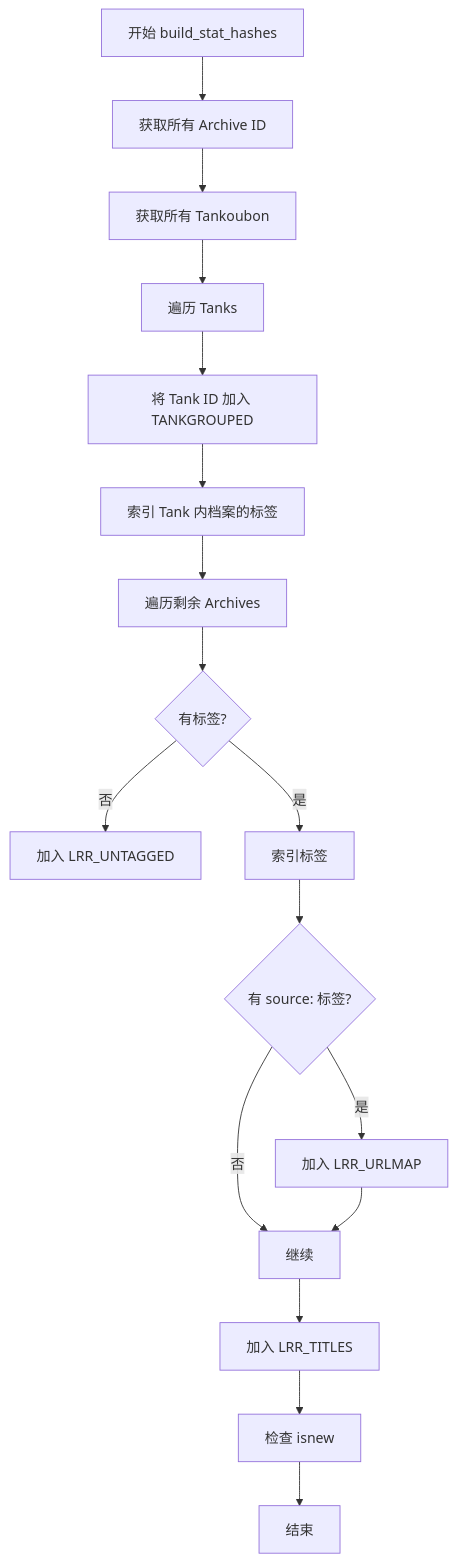
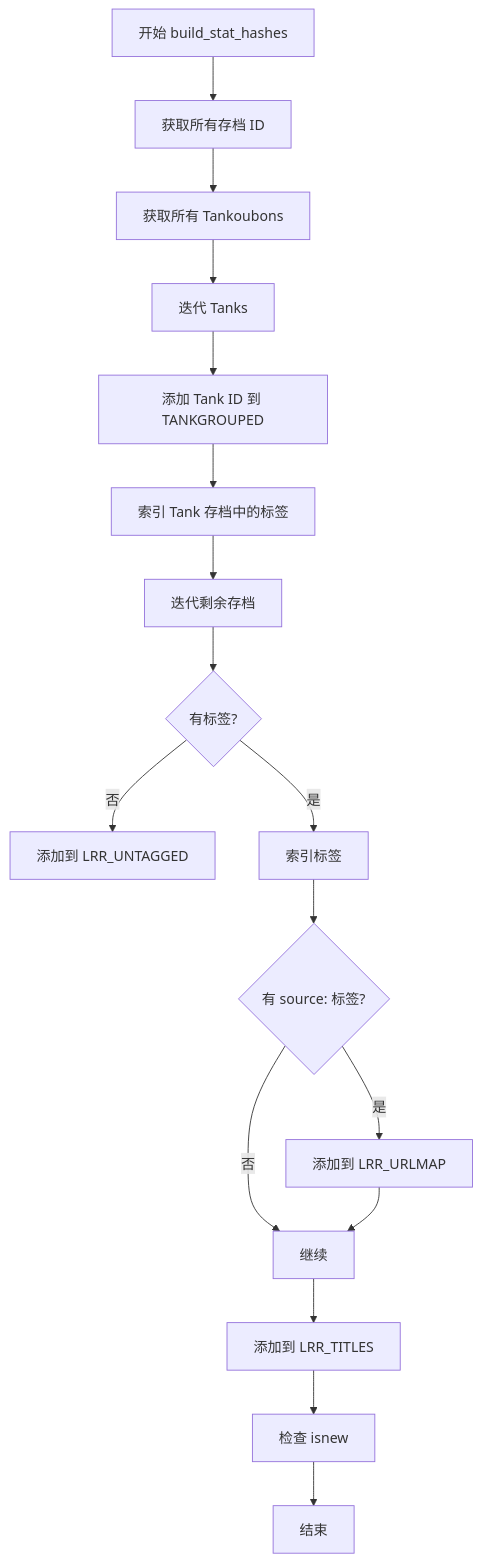
Before and after one commit to OborozukiNoYume/LANraragi: the third of 3 diagrams in docs/zh-CN/06_models.md, drawn with Mermaid. The commit also changed other lines of this file and 17 other files, not shown here.

````diff
--- a/docs/zh-CN/06_models.md
+++ b/docs/zh-CN/06_models.md
@@ -481,19 +481,19 @@
 ```mermaid
 flowchart TD
-    A[开始 build_stat_hashes] --> B[获取所有 Archive ID]
-    B --> C[获取所有 Tankoubon]
-    C --> D[遍历 Tanks]
-    D --> E[将 Tank ID 加入 TANKGROUPED]
-    E --> F[索引 Tank 内档案的标签]
-    F --> G[遍历剩余 Archives]
+    A[开始 build_stat_hashes] --> B[获取所有存档 ID]
+    B --> C[获取所有 Tankoubons]
+    C --> D[迭代 Tanks]
+    D --> E[添加 Tank ID 到 TANKGROUPED]
+    E --> F[索引 Tank 存档中的标签]
+    F --> G[迭代剩余存档]
     G --> H{有标签?}
-    H -->|否| I[加入 LRR_UNTAGGED]
+    H -->|否| I[添加到 LRR_UNTAGGED]
     H -->|是| J[索引标签]
     J --> K{有 source: 标签?}
-    K -->|是| L[加入 LRR_URLMAP]
+    K -->|是| L[添加到 LRR_URLMAP]
     K -->|否| M[继续]
     L --> M
-    M --> N[加入 LRR_TITLES]
+    M --> N[添加到 LRR_TITLES]
     N --> O[检查 isnew]
     O --> P[结束]
 ```
````
